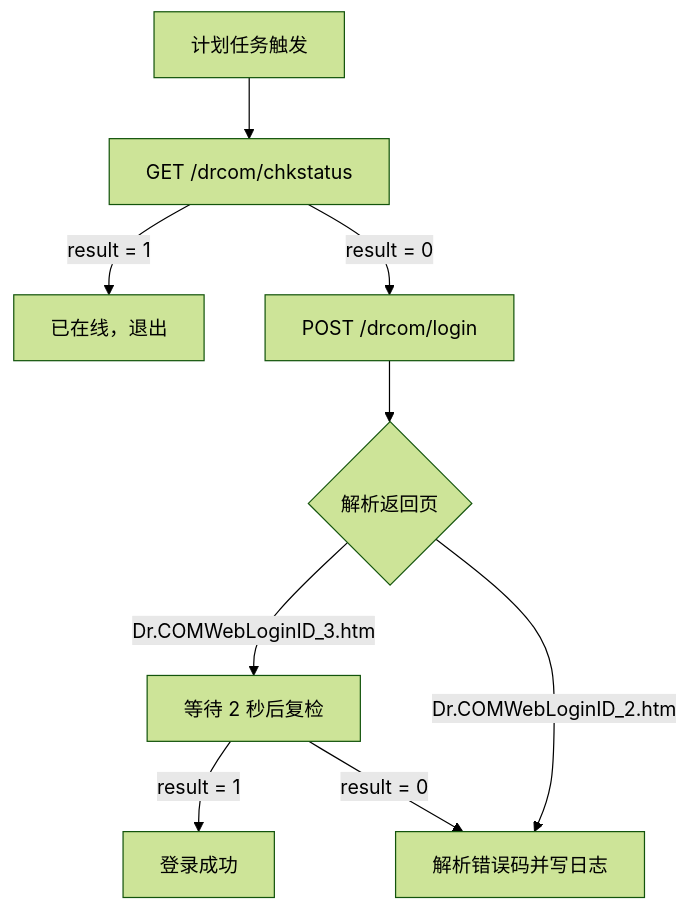
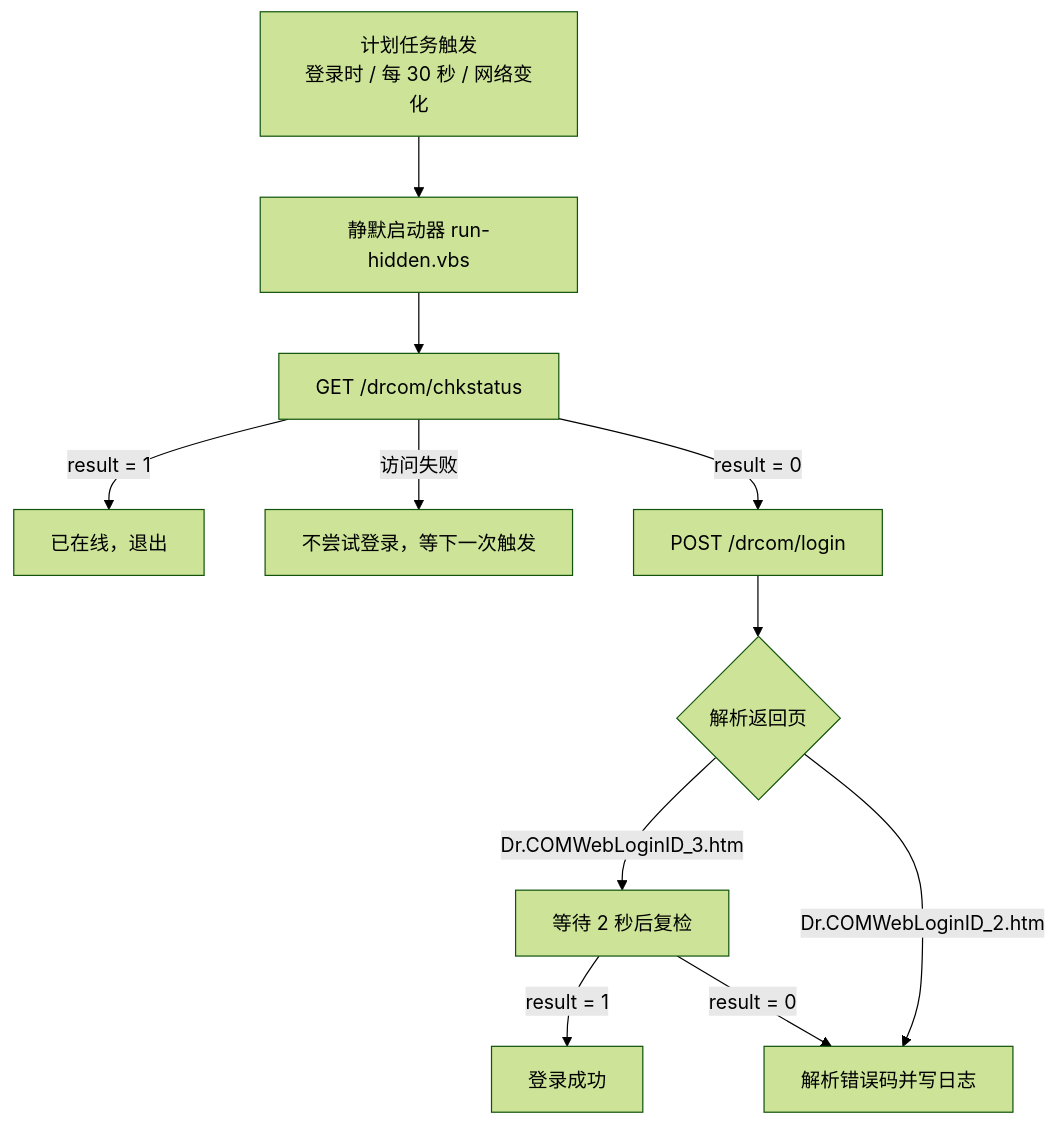
The diagram in README.md (pvxacct/campus-network-auto-login), drawn with Mermaid (forest theme) before and after one commit. The commit also changed other lines of this file and 9 other files, not shown here.

````diff
--- a/README.md
+++ b/README.md
@@ -23,11 +26,13 @@
 ```mermaid
 flowchart TD
-    A[计划任务触发] --> B[GET /drcom/chkstatus]
-    B -- result = 1 --> C[已在线，退出]
-    B -- result = 0 --> D[POST /drcom/login]
-    D --> E{解析返回页}
-    E -- Dr.COMWebLoginID_3.htm --> F[等待 2 秒后复检]
-    E -- Dr.COMWebLoginID_2.htm --> G[解析错误码并写日志]
-    F -- result = 1 --> H[登录成功]
-    F -- result = 0 --> G
+    A[计划任务触发<br/>登录时 / 每 30 秒 / 网络变化] --> B[静默启动器 run-hidden.vbs]
+    B --> C[GET /drcom/chkstatus]
+    C -- result = 1 --> D[已在线，退出]
+    C -- 访问失败 --> E[不尝试登录，等下一次触发]
+    C -- result = 0 --> F[POST /drcom/login]
+    F --> G{解析返回页}
+    G -- Dr.COMWebLoginID_3.htm --> H[等待 2 秒后复检]
+    G -- Dr.COMWebLoginID_2.htm --> I[解析错误码并写日志]
+    H -- result = 1 --> J[登录成功]
+    H -- result = 0 --> I
 ```
````
